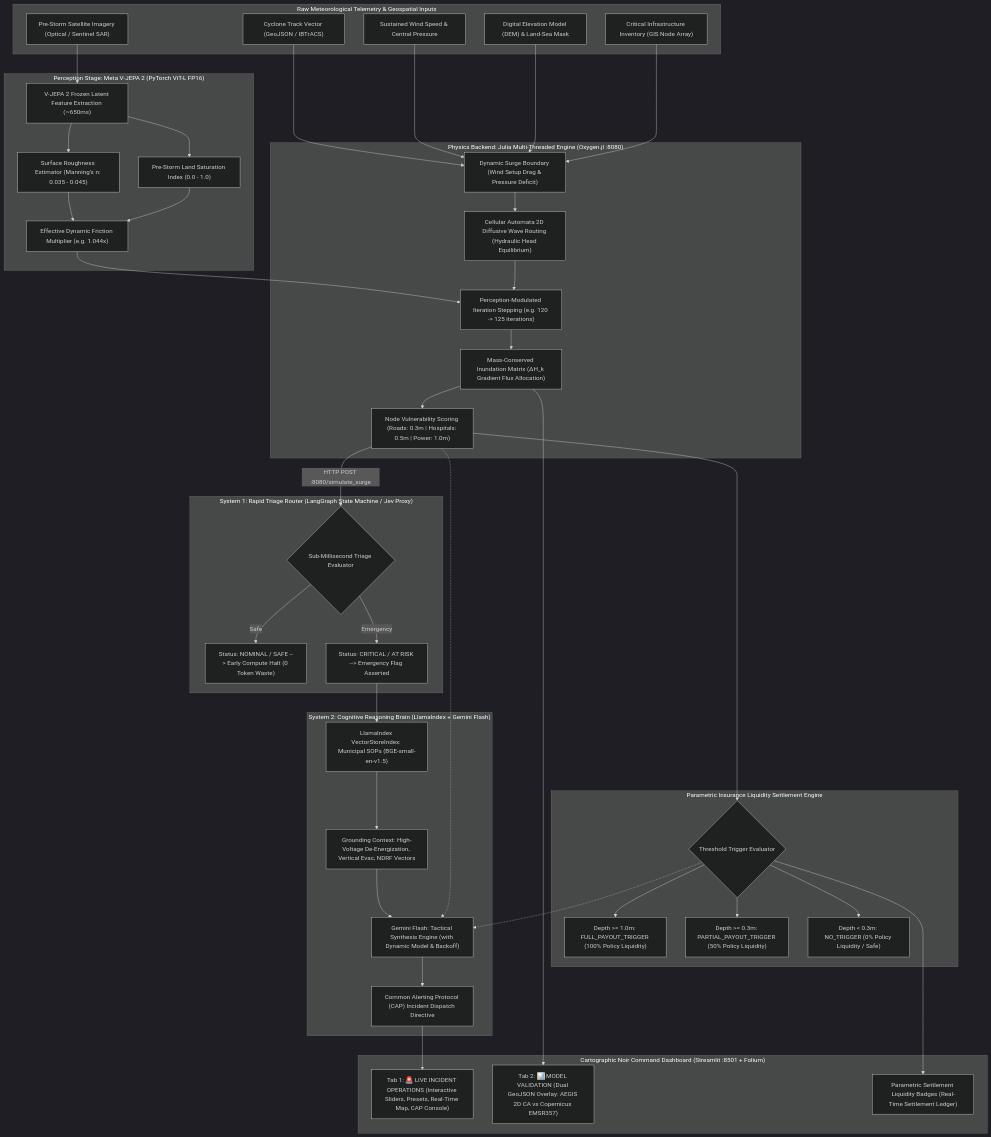
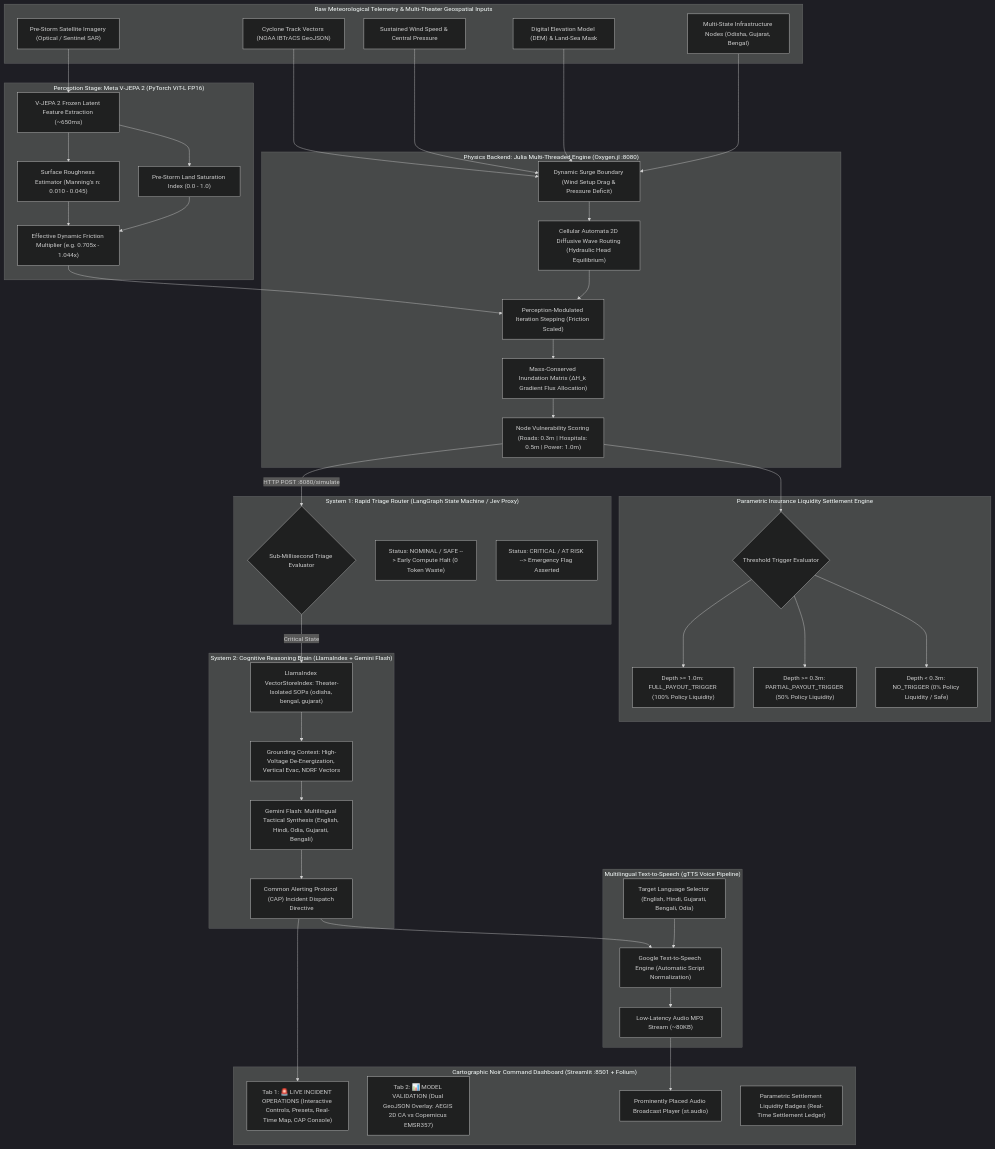
Before and after one commit to opensourcecodedesigner/cyclone: the diagram in README.md, drawn with Mermaid (dark theme). The commit also changed other lines of this file and 12 other files, not shown here.

First line of the commit message:
feat: multi-theater incident command, multilingual TTS voice broadcast, and documentation update

````diff
--- a/README.md
+++ b/README.md
@@ -43,69 +45,71 @@
 ```mermaid
 flowchart TD
-    subgraph SATELLITE_GEOJSON ["Raw Meteorological Telemetry & Geospatial Inputs"]
-        A1["Cyclone Track Vector (GeoJSON / IBTrACS)"]
+    subgraph SATELLITE_GEOJSON ["Raw Meteorological Telemetry & Multi-Theater Geospatial Inputs"]
+        A1["Cyclone Track Vectors (NOAA IBTrACS GeoJSON)"]
         A2["Sustained Wind Speed & Central Pressure"]
         A3["Digital Elevation Model (DEM) & Land-Sea Mask"]
         A4["Pre-Storm Satellite Imagery (Optical / Sentinel SAR)"]
-        A5["Critical Infrastructure Inventory (GIS Node Array)"]
+        A5["Multi-State Infrastructure Nodes (Odisha, Gujarat, Bengal)"]
     end
 
     subgraph PERCEPTION ["Perception Stage: Meta V-JEPA 2 (PyTorch ViT-L FP16)"]
         V1["V-JEPA 2 Frozen Latent Feature Extraction (~650ms)"]
-        V2["Surface Roughness Estimator (Manning's n: 0.035 - 0.045)"]
+        V2["Surface Roughness Estimator (Manning's n: 0.010 - 0.045)"]
         V3["Pre-Storm Land Saturation Index (0.0 - 1.0)"]
-        V4["Effective Dynamic Friction Multiplier (e.g. 1.044x)"]
+        V4["Effective Dynamic Friction Multiplier (e.g. 0.705x - 1.044x)"]
     end
 
     subgraph ENGINE_JULIA ["Physics Backend: Julia Multi-Threaded Engine (Oxygen.jl :8080)"]
         B1["Dynamic Surge Boundary (Wind Setup Drag & Pressure Deficit)"]
         B2["Cellular Automata 2D Diffusive Wave Routing (Hydraulic Head Equilibrium)"]
-        B3["Perception-Modulated Iteration Stepping (e.g. 120 -> 125 iterations)"]
+        B3["Perception-Modulated Iteration Stepping (Friction Scaled)"]
         B4["Mass-Conserved Inundation Matrix (ΔH_k Gradient Flux Allocation)"]
         B5["Node Vulnerability Scoring (Roads: 0.3m | Hospitals: 0.5m | Power: 1.0m)"]
     end
 
     subgraph INSURANCE ["Parametric Insurance Liquidity Settlement Engine"]
         INS1{"Threshold Trigger Evaluator"}
         INS2["Depth >= 1.0m: FULL_PAYOUT_TRIGGER (100% Policy Liquidity)"]
         INS3["Depth >= 0.3m: PARTIAL_PAYOUT_TRIGGER (50% Policy Liquidity)"]
         INS4["Depth < 0.3m: NO_TRIGGER (0% Policy Liquidity / Safe)"]
     end
 
     subgraph SYSTEM_1 ["System 1: Rapid Triage Router (LangGraph State Machine / Jev Proxy)"]
         C1{"Sub-Millisecond Triage Evaluator"}
         C2["Status: NOMINAL / SAFE --> Early Compute Halt (0 Token Waste)"]
         C3["Status: CRITICAL / AT RISK --> Emergency Flag Asserted"]
     end
 
     subgraph SYSTEM_2 ["System 2: Cognitive Reasoning Brain (LlamaIndex + Gemini Flash)"]
-        D1["LlamaIndex VectorStoreIndex: Municipal SOPs (BGE-small-en-v1.5)"]
+        D1["LlamaIndex VectorStoreIndex: Theater-Isolated SOPs (odisha, bengal, gujarat)"]
         D2["Grounding Context: High-Voltage De-Energization, Vertical Evac, NDRF Vectors"]
-        D3["Gemini Flash: Tactical Synthesis Engine (with Dynamic Model & Backoff)"]
+        D3["Gemini Flash: Multilingual Tactical Synthesis (English, Hindi, Odia, Gujarati, Bengali)"]
         D4["Common Alerting Protocol (CAP) Incident Dispatch Directive"]
     end
 
+    subgraph VOICE_BROADCAST ["Multilingual Text-to-Speech (gTTS Voice Pipeline)"]
+        T1["Target Language Selector (English, Hindi, Gujarati, Bengali, Odia)"]
+        T2["Google Text-to-Speech Engine (Automatic Script Normalization)"]
+        T3["Low-Latency Audio MP3 Stream (~80KB)"]
+    end
+
     subgraph CONSOLE ["Cartographic Noir Command Dashboard (Streamlit :8501 + Folium)"]
-        E1["Tab 1: 🚨 LIVE INCIDENT OPERATIONS (Interactive Sliders, Presets, Real-Time Map, CAP Console)"]
+        E1["Tab 1: 🚨 LIVE INCIDENT OPERATIONS (Interactive Controls, Presets, Real-Time Map, CAP Console)"]
         E2["Tab 2: 📊 MODEL VALIDATION (Dual GeoJSON Overlay: AEGIS 2D CA vs Copernicus EMSR357)"]
-        E3["Parametric Settlement Liquidity Badges (Real-Time Settlement Ledger)"]
+        E3["Prominently Placed Audio Broadcast Player (st.audio)"]
+        E4["Parametric Settlement Liquidity Badges (Real-Time Settlement Ledger)"]
     end
 
     A4 --> V1 --> V2 & V3 --> V4
     A1 & A2 & A3 & A5 --> B1
     V4 --> B3
     B1 --> B2 --> B3 --> B4 --> B5
     B5 --> INS1
     INS1 --> INS2 & INS3 & INS4
-    B5 -- "HTTP POST :8080/simulate_surge" --> C1
-    C1 -- "Safe" --> C2
-    C1 -- "Emergency" --> C3
-    C3 --> D1
-    D1 --> D2 --> D3
-    B5 -.-> D3
-    INS1 -.-> D3
-    D3 --> D4
+    B5 -- "HTTP POST :8080/simulate" --> C1
+    C1 -- "Critical State" --> D1
+    D1 --> D2 --> D3 --> D4
+    D4 & T1 --> T2 --> T3
     D4 --> E1
-    INS1 --> E3
-    B4 --> E2
+    T3 --> E3
 ```
````
